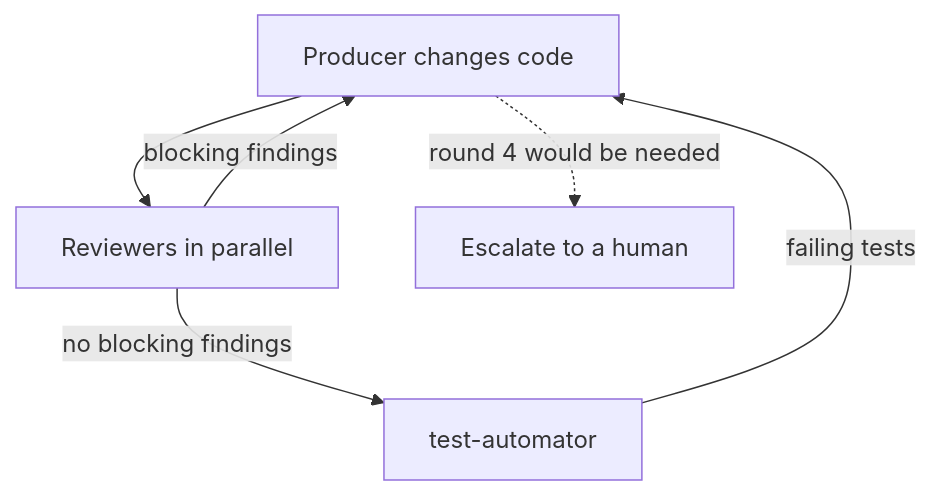
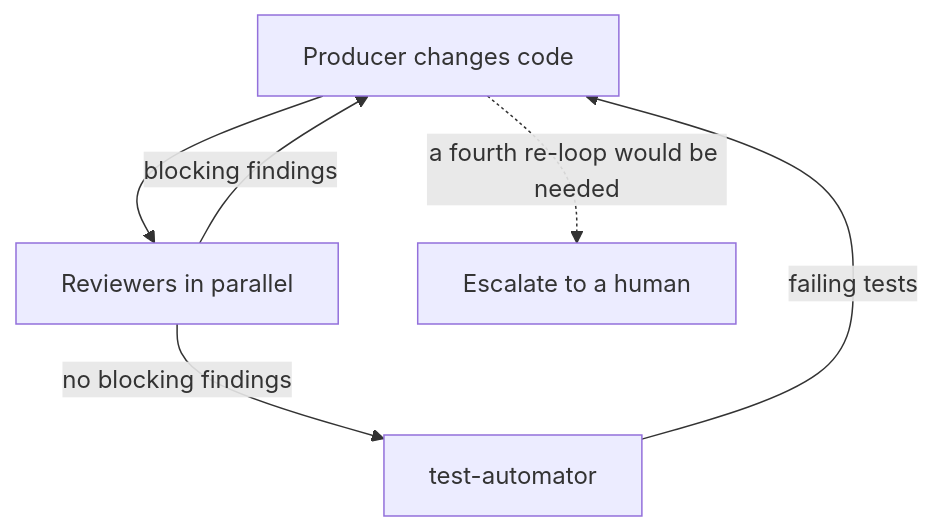
Before and after one commit to sergiosaraiva/quorum-agentic-framework: the diagram in docs/concepts/07-independent-validation.md, drawn with Mermaid. The commit also changed other lines of this file and 38 other files, not shown here.

````diff
--- a/docs/concepts/07-independent-validation.md
+++ b/docs/concepts/07-independent-validation.md
@@ -70,8 +70,8 @@
 ```mermaid
 flowchart TD
   P[Producer changes code] --> R[Reviewers in parallel]
   R -->|no blocking findings| T[test-automator]
   R -->|blocking findings| P
   T -->|failing tests| P
-  P -. round 4 would be needed .-> H[Escalate to a human]
+  P -. a fourth re-loop would be needed .-> H[Escalate to a human]
 ```
````
